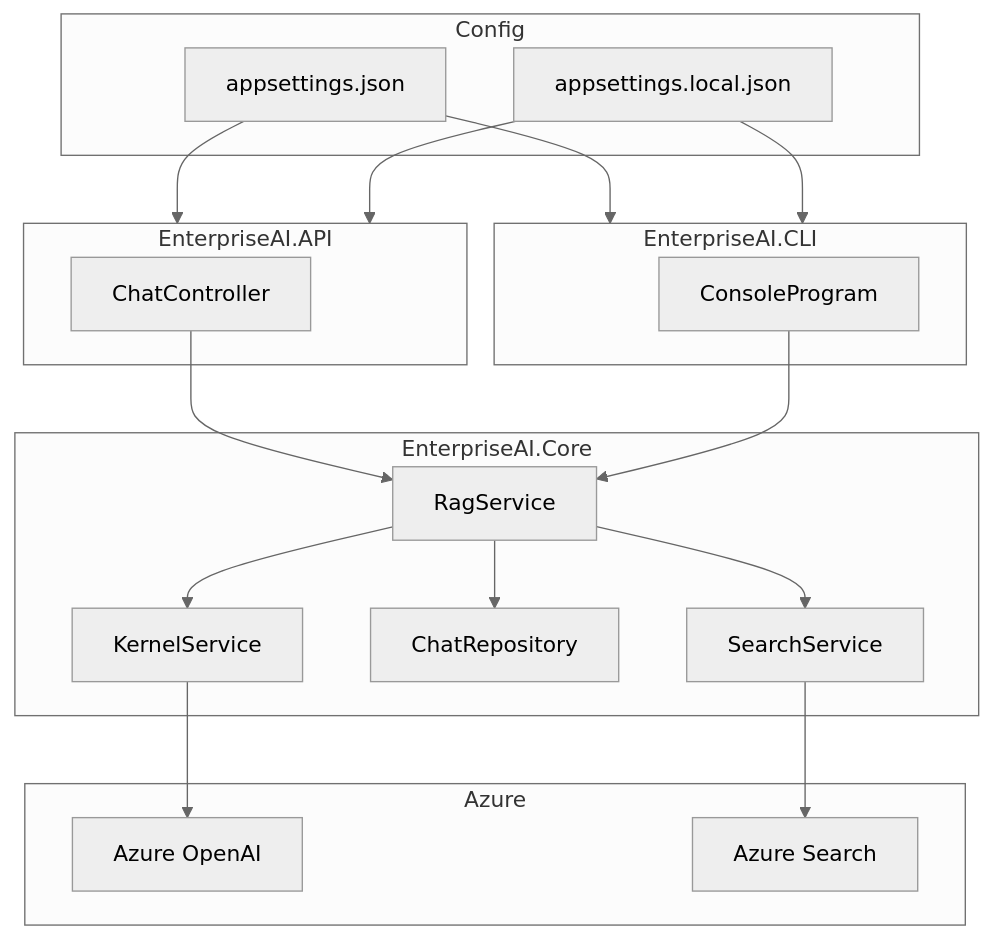
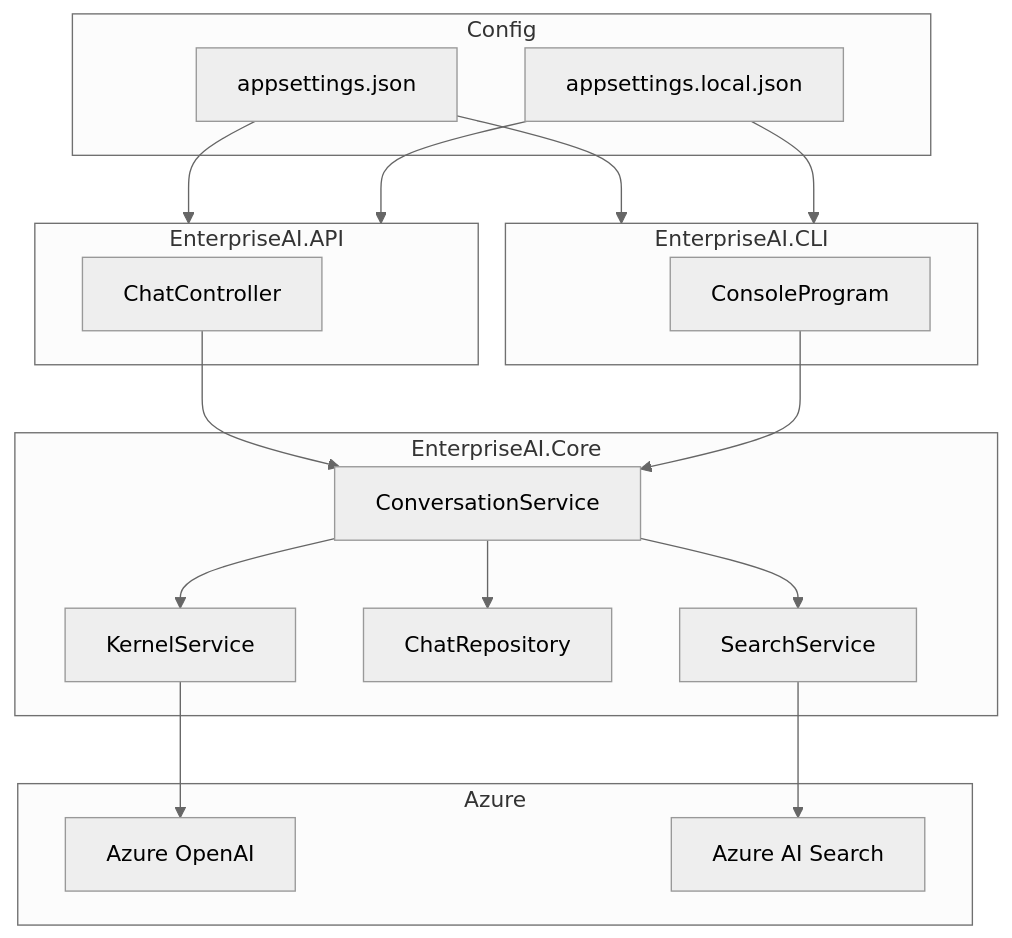
One commit to DroopyTersen/semantic-kernel-example changed the third of 3 diagrams in README.md. Above: the diagram before and after it, drawn with Mermaid (neutral theme). The commit also changed other lines of this file and 14 other files, not shown here.

````diff
--- a/README.md
+++ b/README.md
@@ -147,44 +214,44 @@
 ```mermaid
 graph TD
     subgraph Core[EnterpriseAI.Core]
-        KS[KernelService]
-        RS[RagService]
-        CR[ChatRepository]
-        SS[SearchService]
+        KernelService
+        ConversationService
+        ChatRepository
+        SearchService
     end
 
     subgraph API[EnterpriseAI.API]
-        CC[ChatController]
+        ChatController
     end
 
     subgraph CLI[EnterpriseAI.CLI]
-        CP[ConsoleProgram]
+        ConsoleProgram
     end
 
     subgraph Azure
-        AOAI[Azure OpenAI]
-        AS[Azure Search]
+        AzureOpenAI[Azure OpenAI]
+        AzureSearch[Azure AI Search]
     end
 
     subgraph Config
-        AJ[appsettings.json]
-        AL[appsettings.local.json]
+        AppSettings[appsettings.json]
+        LocalSettings[appsettings.local.json]
     end
 
     %% Core connections
-    KS --> AOAI
-    SS --> AS
-    RS --> KS
-    RS --> SS
-    RS --> CR
+    KernelService --> AzureOpenAI
+    SearchService --> AzureSearch
+    ConversationService --> KernelService
+    ConversationService --> SearchService
+    ConversationService --> ChatRepository
 
     %% API connections
-    CC --> RS
-    AJ --> API
-    AL --> API
+    ChatController --> ConversationService
+    AppSettings --> API
+    LocalSettings --> API
 
     %% CLI connections
-    CP --> RS
-    AJ --> CLI
-    AL --> CLI
+    ConsoleProgram --> ConversationService
+    AppSettings --> CLI
+    LocalSettings --> CLI
 ```
````
